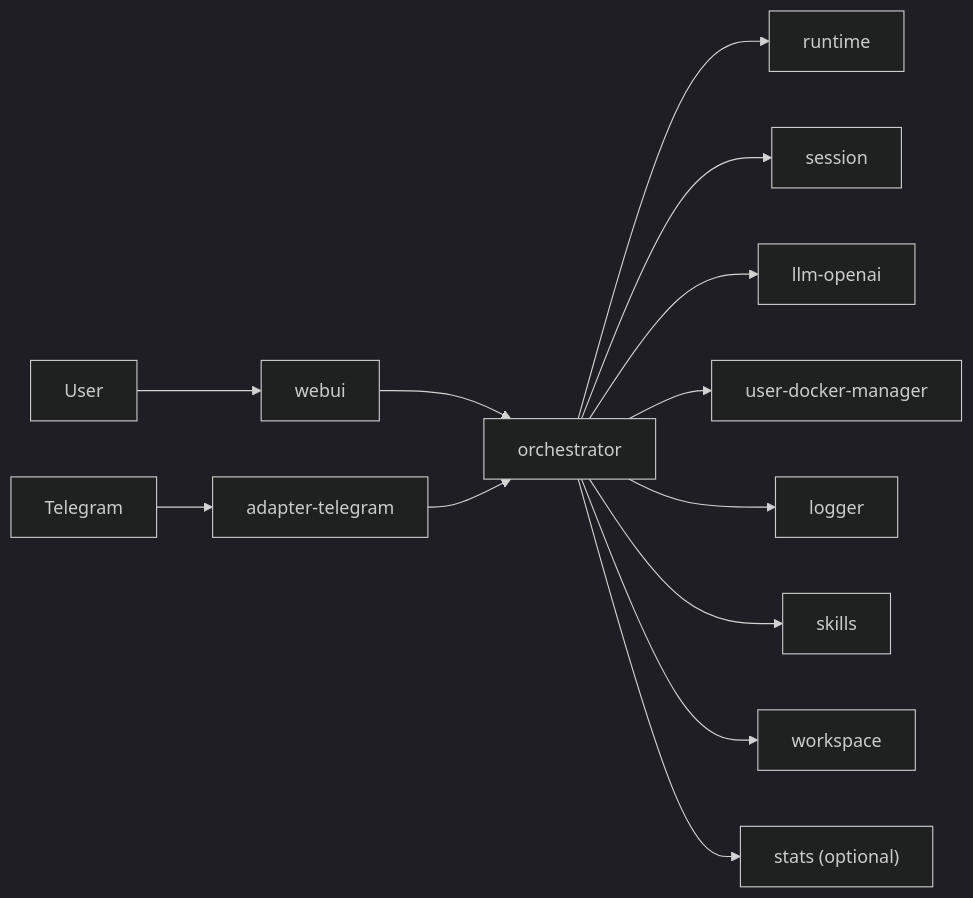
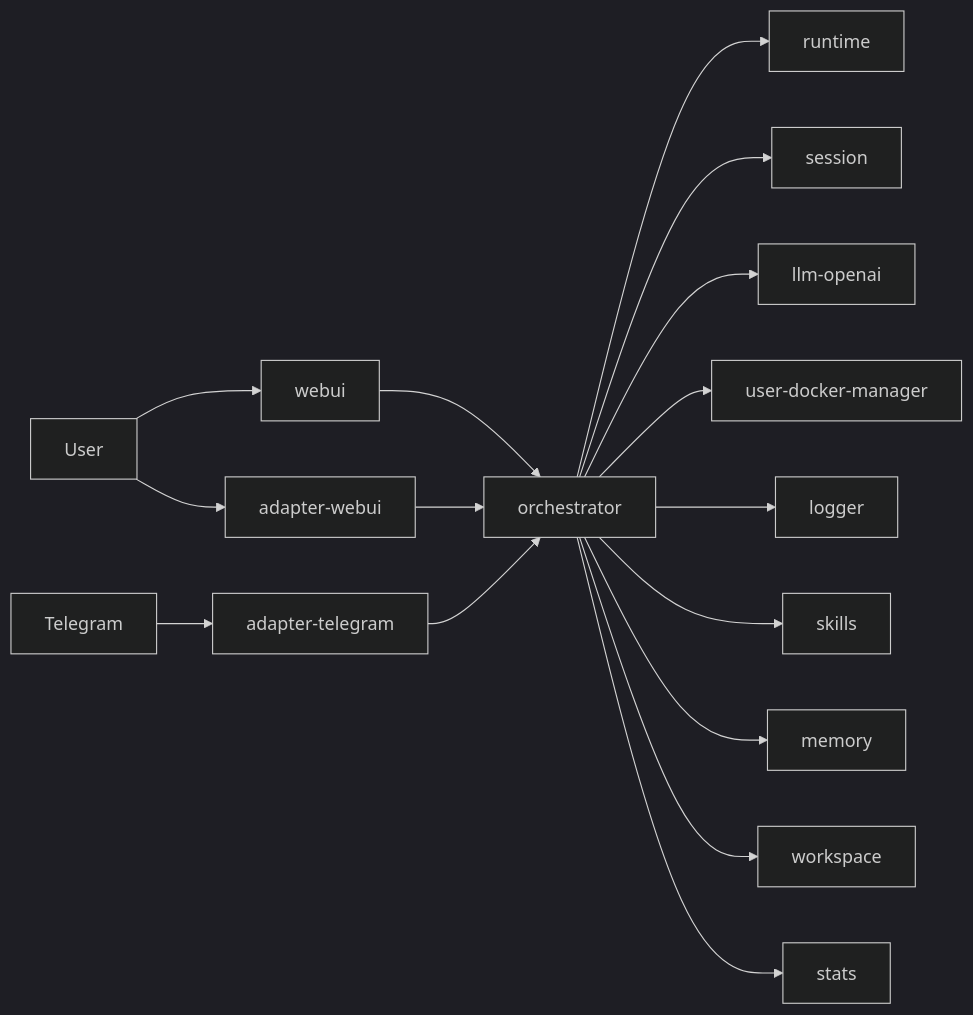
The diagram in README.en.md (WhaleMesh/WhaleBot), drawn with Mermaid (dark theme) before and after one commit. The commit also changed other lines of this file and 1 other file, not shown here.

````diff
--- a/README.en.md
+++ b/README.en.md
@@ -34,15 +34,18 @@
 ```mermaid
 flowchart LR
   user["User"] --> webui["webui"]
+  user --> adapterWebui["adapter-webui"]
   tg["Telegram"] --> adapterTelegram["adapter-telegram"]
   webui --> orchestrator["orchestrator"]
+  adapterWebui --> orchestrator
   adapterTelegram --> orchestrator
   orchestrator --> runtime["runtime"]
   orchestrator --> session["session"]
   orchestrator --> llmOpenai["llm-openai"]
   orchestrator --> toolDocker["user-docker-manager"]
   orchestrator --> logger["logger"]
   orchestrator --> skills["skills"]
+  orchestrator --> memory["memory"]
   orchestrator --> workspace["workspace"]
-  orchestrator --> stats_optional["stats (optional)"]
+  orchestrator --> stats["stats"]
 ```
````
